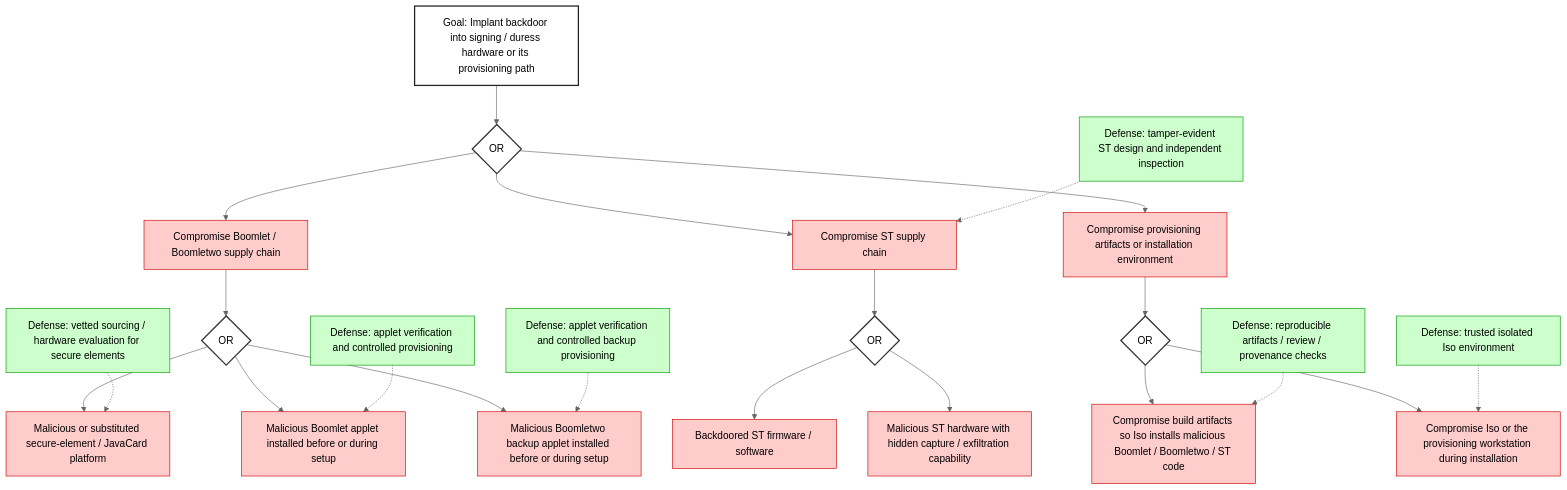
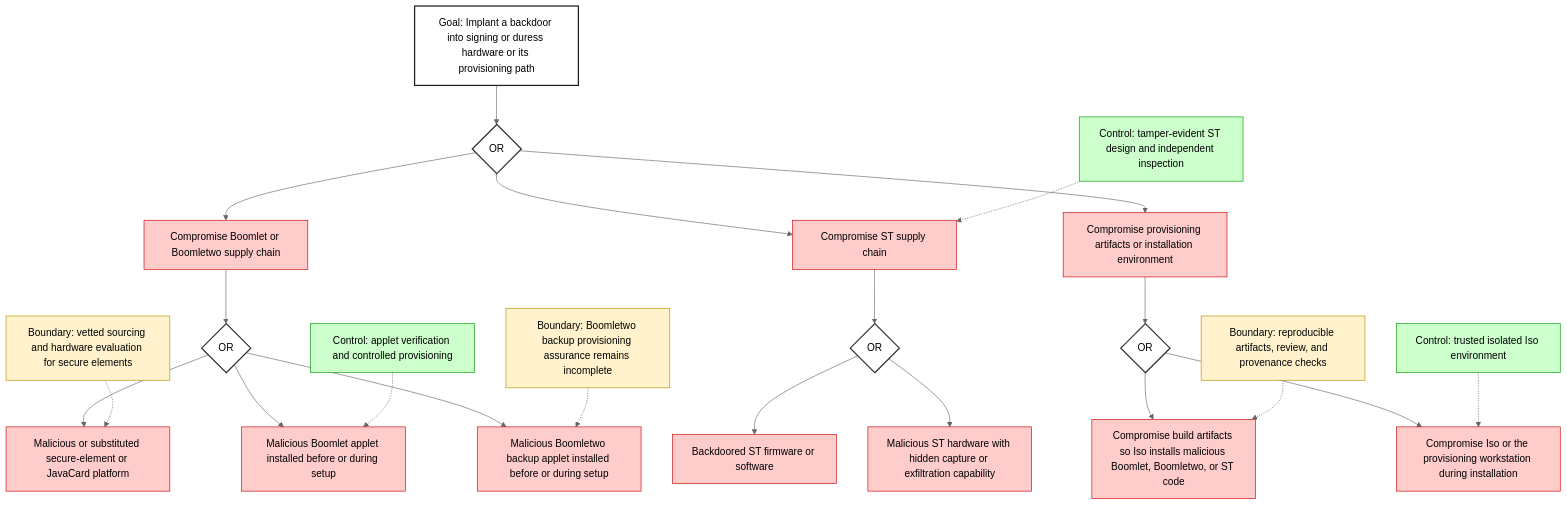
Before and after one commit to bitryonix/boomerang_design: the eighth of 8 diagrams in security_models/README.md, drawn with Mermaid (neutral theme). The commit also changed other lines of this file and 9 other files, not shown here.

````diff
--- a/security_models/README.md
+++ b/security_models/README.md
@@ -1075,52 +1107,54 @@
 ```mermaid
 flowchart TD
-  A["Goal: Implant backdoor into signing / duress hardware or its provisioning path"] --> OR0{OR}
+  A["Goal: Implant a backdoor into signing or duress hardware or its provisioning path"] --> OR0{OR}
 
-  OR0 --> B["Compromise Boomlet / Boomletwo supply chain"]
+  OR0 --> B["Compromise Boomlet or Boomletwo supply chain"]
   OR0 --> C["Compromise ST supply chain"]
   OR0 --> D["Compromise provisioning artifacts or installation environment"]
 
   %% ----------------------------
   %% Boomlet / Boomletwo compromise
   %% ----------------------------
   B --> OR1{OR}
-  OR1 --> B1["Malicious or substituted secure-element / JavaCard platform"]
+  OR1 --> B1["Malicious or substituted secure-element or JavaCard platform"]
   OR1 --> B2["Malicious Boomlet applet installed before or during setup"]
   OR1 --> B3["Malicious Boomletwo backup applet installed before or during setup"]
 
   %% ----------------------------
   %% ST compromise
   %% ----------------------------
   C --> OR2{OR}
-  OR2 --> C1["Backdoored ST firmware / software"]
-  OR2 --> C2["Malicious ST hardware with hidden capture / exfiltration capability"]
+  OR2 --> C1["Backdoored ST firmware or software"]
+  OR2 --> C2["Malicious ST hardware with hidden capture or exfiltration capability"]
 
   %% ----------------------------
   %% Provisioning / installation compromise
   %% ----------------------------
   D --> OR3{OR}
-  OR3 --> D1["Compromise build artifacts so Iso installs malicious Boomlet / Boomletwo / ST code"]
+  OR3 --> D1["Compromise build artifacts so Iso installs malicious Boomlet, Boomletwo, or ST code"]
   OR3 --> D2["Compromise Iso or the provisioning workstation during installation"]
 
   %% ----------------------------
-  %% Defenses
+  %% Controls and open items
   %% ----------------------------
-  E1["Defense: vetted sourcing / hardware evaluation for secure elements"] -.-> B1
-  E2["Defense: applet verification and controlled provisioning"] -.-> B2
-  E3["Defense: applet verification and controlled backup provisioning"] -.-> B3
-  E4["Defense: tamper-evident ST design and independent inspection"] -.-> C
-  E5["Defense: reproducible artifacts / review / provenance checks"] -.-> D1
-  E6["Defense: trusted isolated Iso environment"] -.-> D2
+  E1["Boundary: vetted sourcing and hardware evaluation for secure elements"] -.-> B1
+  E2["Control: applet verification and controlled provisioning"] -.-> B2
+  E3["Boundary: Boomletwo backup provisioning assurance remains incomplete"] -.-> B3
+  E4["Control: tamper-evident ST design and independent inspection"] -.-> C
+  E5["Boundary: reproducible artifacts, review, and provenance checks"] -.-> D1
+  E6["Control: trusted isolated Iso environment"] -.-> D2
 
   %% Styles
   classDef goal fill:#ffffff,stroke:#222,stroke-width:2px,color:#000;
   classDef attack fill:#ffcccc,stroke:#cc0000,color:#000;
-  classDef defense fill:#ccffcc,stroke:#009900,color:#000;
+  classDef control fill:#ccffcc,stroke:#009900,color:#000;
+  classDef open fill:#fff2cc,stroke:#b38f00,color:#000;
   classDef gate fill:#ffffff,stroke:#333,stroke-width:2px,color:#000;
 
   class A goal;
   class B,C,D,B1,B2,B3,C1,C2,D1,D2 attack;
-  class E1,E2,E3,E4,E5,E6 defense;
+  class E2,E4,E6 control;
+  class E1,E3,E5 open;
   class OR0,OR1,OR2,OR3 gate;
 
 ```
````
